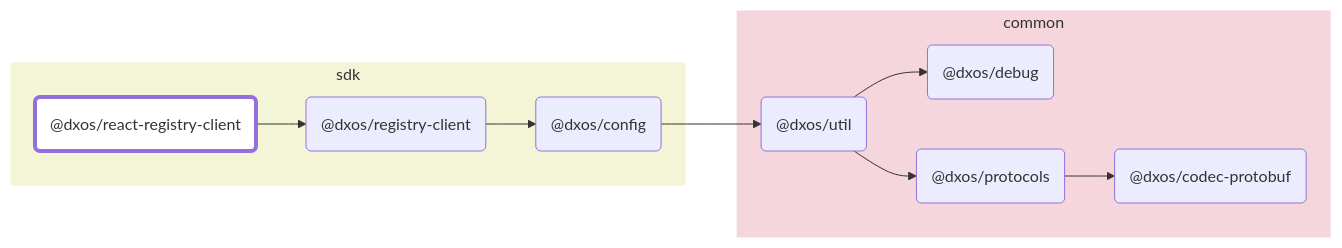
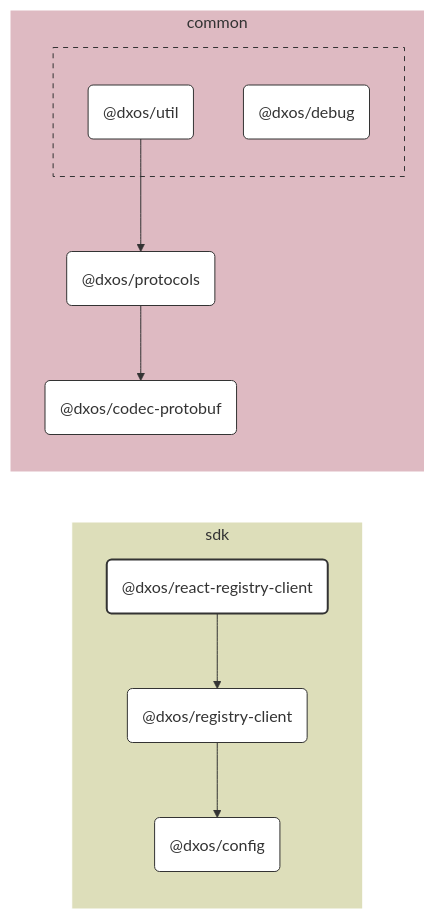
The diagram in packages/sdk/react-registry-client/docs/README.md (dxos/dxos), drawn with Mermaid before and after one commit. The commit also changed 100 other files, not shown here.

````diff
--- a/packages/sdk/react-registry-client/docs/README.md
+++ b/packages/sdk/react-registry-client/docs/README.md
@@ -7,34 +7,57 @@
 ```mermaid
-flowchart LR;
+%%{ init: {'flowchart':{'curve':'basis'}} }%%
 
-style dxos/react-registry-client fill:#fff,stroke-width:4px;
+flowchart LR
 
-click dxos/config "https:/github.com/dxos/dxos/tree/main/packages/sdk/config/docs";
-click dxos/codec-protobuf "https:/github.com/dxos/dxos/tree/main/packages/common/codec-protobuf/docs";
-click dxos/debug "https:/github.com/dxos/dxos/tree/main/packages/common/debug/docs";
-click dxos/protocols "https:/github.com/dxos/dxos/tree/main/packages/common/protocols/docs";
-click dxos/util "https:/github.com/dxos/dxos/tree/main/packages/common/util/docs";
-click dxos/registry-client "https:/github.com/dxos/dxos/tree/main/packages/sdk/registry-client/docs";
+%% Links
+dxos/protocols --> dxos/codec-protobuf;
+dxos/react-registry-client --> dxos/registry-client;
+dxos/registry-client --> dxos/config;
+dxos/util --> dxos/protocols;
 
+%% Sections
 subgraph sdk
-  style sdk fill:#f4f5d6,stroke:#fff;
-  dxos/react-registry-client("@dxos/react-registry-client");
-  dxos/config("@dxos/config");
-  dxos/registry-client("@dxos/registry-client");
+  style sdk fill:#dddeba,stroke:#fff;
+
+  dxos/config("@dxos/config")
+  dxos/react-registry-client("@dxos/react-registry-client")
+  dxos/registry-client("@dxos/registry-client")
 end
 
 subgraph common
-  style common fill:#f5d6dd,stroke:#fff;
-  dxos/codec-protobuf("@dxos/codec-protobuf");
-  dxos/debug("@dxos/debug");
-  dxos/protocols("@dxos/protocols");
-  dxos/util("@dxos/util");
+  style common fill:#debac2,stroke:#fff;
+
+  dxos/codec-protobuf("@dxos/codec-protobuf")
+  dxos/protocols("@dxos/protocols")
+
+  subgraph common-excluded [ ]
+    style common-excluded fill:#debac2,stroke:#333,stroke-dasharray:5 5;
+
+    dxos/debug("@dxos/debug")
+    dxos/util("@dxos/util")
+  end
 end
 
-dxos/protocols --> dxos/codec-protobuf;
-dxos/config --> dxos/util;
-dxos/util --> dxos/debug;
-dxos/util --> dxos/protocols;
-dxos/react-registry-client --> dxos/registry-client;
-dxos/registry-client --> dxos/config;
+
+%% Hyperlinks
+click dxos/codec-protobuf href "https:/github.com/dxos/dxos/tree/main/packages/common/codec-protobuf/docs";
+click dxos/config href "https:/github.com/dxos/dxos/tree/main/packages/sdk/config/docs";
+click dxos/debug href "https:/github.com/dxos/dxos/tree/main/packages/common/debug/docs";
+click dxos/protocols href "https:/github.com/dxos/dxos/tree/main/packages/common/protocols/docs";
+click dxos/registry-client href "https:/github.com/dxos/dxos/tree/main/packages/sdk/registry-client/docs";
+click dxos/util href "https:/github.com/dxos/dxos/tree/main/packages/common/util/docs";
+
+%% Styles
+classDef rootNode fill:#fff,stroke:#333,stroke-width:2px
+classDef defaultNode fill:#fff,stroke:#333,stroke-width:1px
+linkStyle default stroke:#333,stroke-width:1px
+
+dxos/react-registry-client:::rootNode
+
+dxos/codec-protobuf:::defaultNode
+dxos/config:::defaultNode
+dxos/debug:::defaultNode
+dxos/protocols:::defaultNode
+dxos/registry-client:::defaultNode
+dxos/util:::defaultNode
 ```
````
